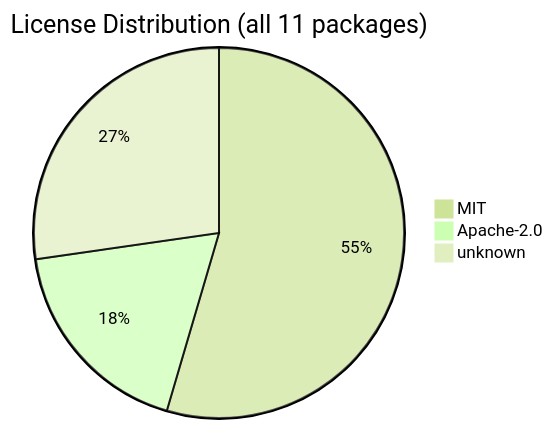
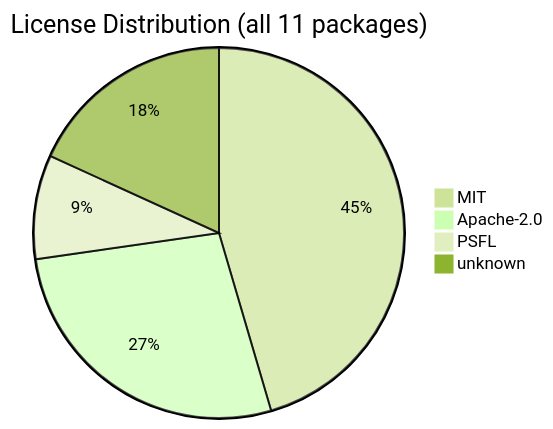
One commit to svenroth-ai/shipwright changed the diagram in .shipwright/compliance/sbom.md. Above: the diagram before and after it, drawn with Mermaid (forest theme). The commit also changed other lines of this file and 42 other files, not shown here.

````diff
--- a/.shipwright/compliance/sbom.md
+++ b/.shipwright/compliance/sbom.md
@@ -20,6 +20,7 @@
 ```mermaid
 pie title License Distribution (all 11 packages)
-    "MIT" : 6
-    "Apache-2.0" : 2
-    "unknown" : 3
+    "MIT" : 5
+    "Apache-2.0" : 3
+    "PSFL" : 1
+    "unknown" : 2
 ```
````
